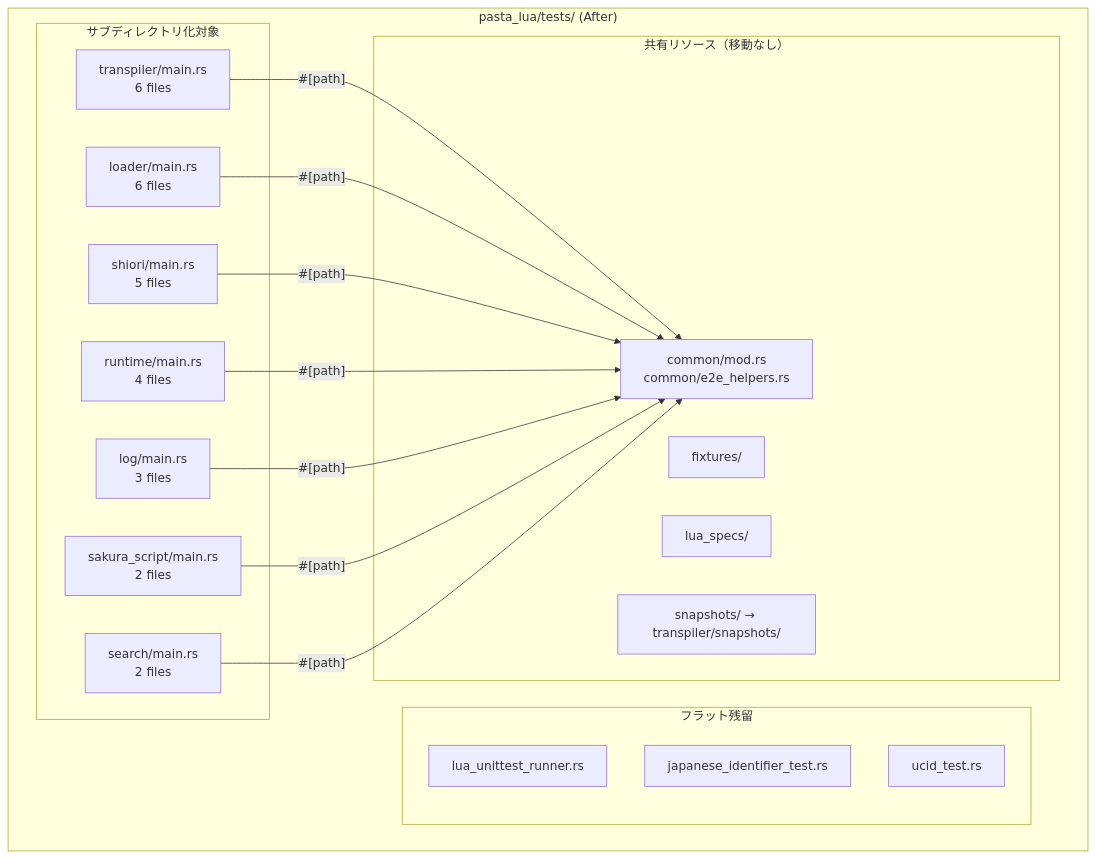
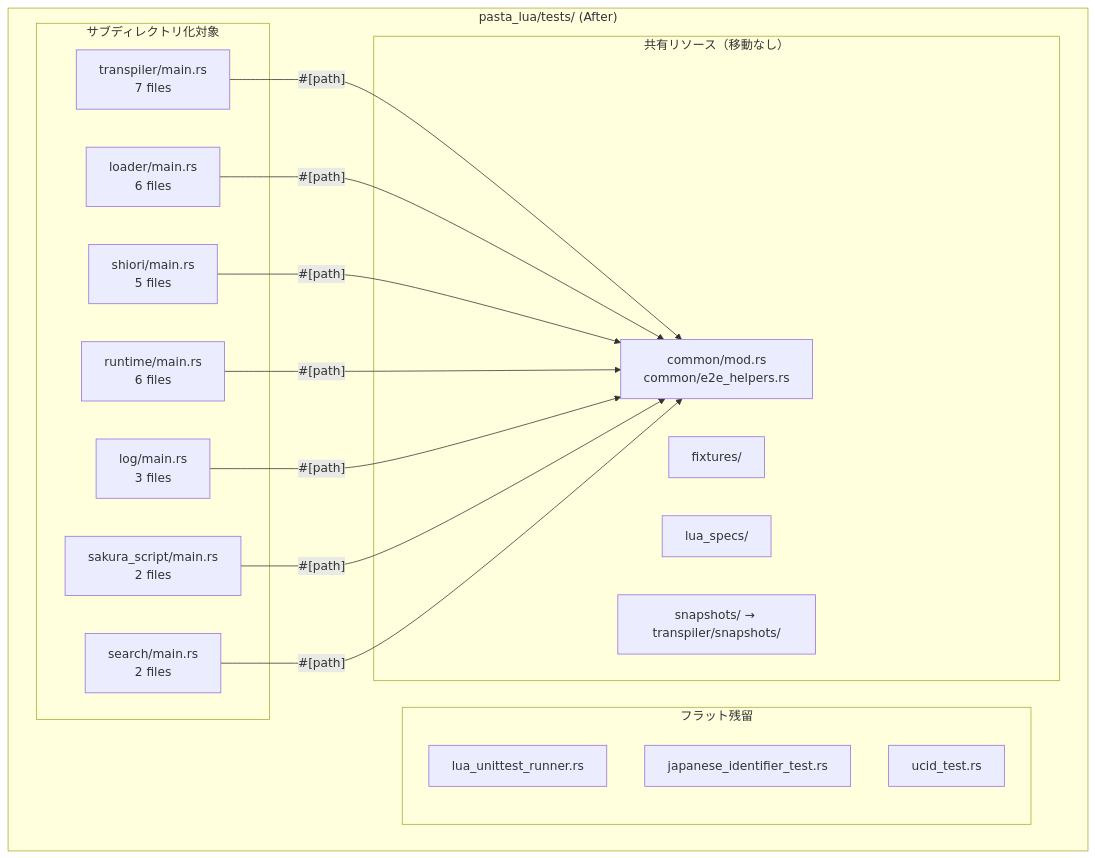
Before and after one commit to ekicyou/pasta: the first of 4 diagrams in .kiro/specs/namespace-refactoring/design.md, drawn with Mermaid. The commit also changed other lines of this file, not shown here.

````diff
--- a/.kiro/specs/namespace-refactoring/design.md
+++ b/.kiro/specs/namespace-refactoring/design.md
@@ -43,29 +43,29 @@
 ```mermaid
 graph TB
     subgraph "pasta_lua/tests/ (After)"
         subgraph "サブディレクトリ化対象"
-            TR[transpiler/main.rs<br/>6 files]
+            TR[transpiler/main.rs<br/>7 files]
             LD[loader/main.rs<br/>6 files]
             SH[shiori/main.rs<br/>5 files]
-            RT[runtime/main.rs<br/>4 files]
+            RT[runtime/main.rs<br/>6 files]
             LG[log/main.rs<br/>3 files]
             SS[sakura_script/main.rs<br/>2 files]
             SE[search/main.rs<br/>2 files]
         end
 
         subgraph "フラット残留"
             LU[lua_unittest_runner.rs]
             JI[japanese_identifier_test.rs]
             UC[ucid_test.rs]
         end
 
         subgraph "共有リソース（移動なし）"
             CM[common/mod.rs<br/>common/e2e_helpers.rs]
             FX[fixtures/]
             LS[lua_specs/]
             SN[snapshots/ → transpiler/snapshots/]
         end
 
         TR & LD & SH & RT & LG & SS & SE -->|"#[path]"| CM
     end
 ```
````
